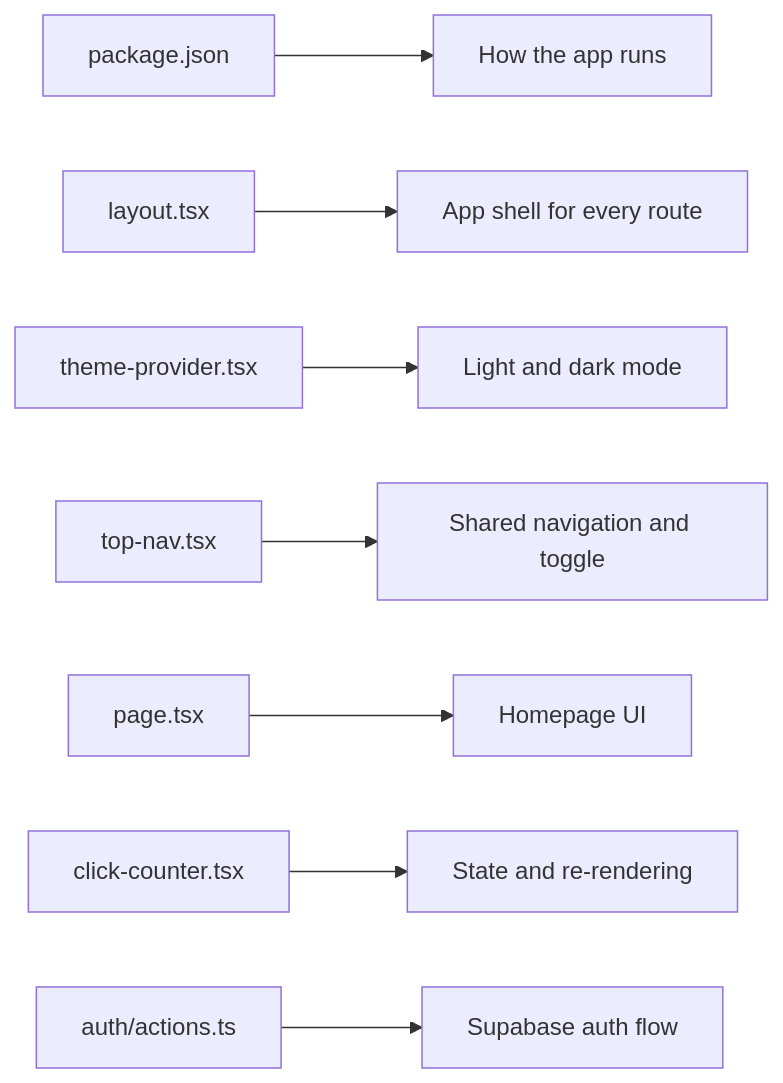
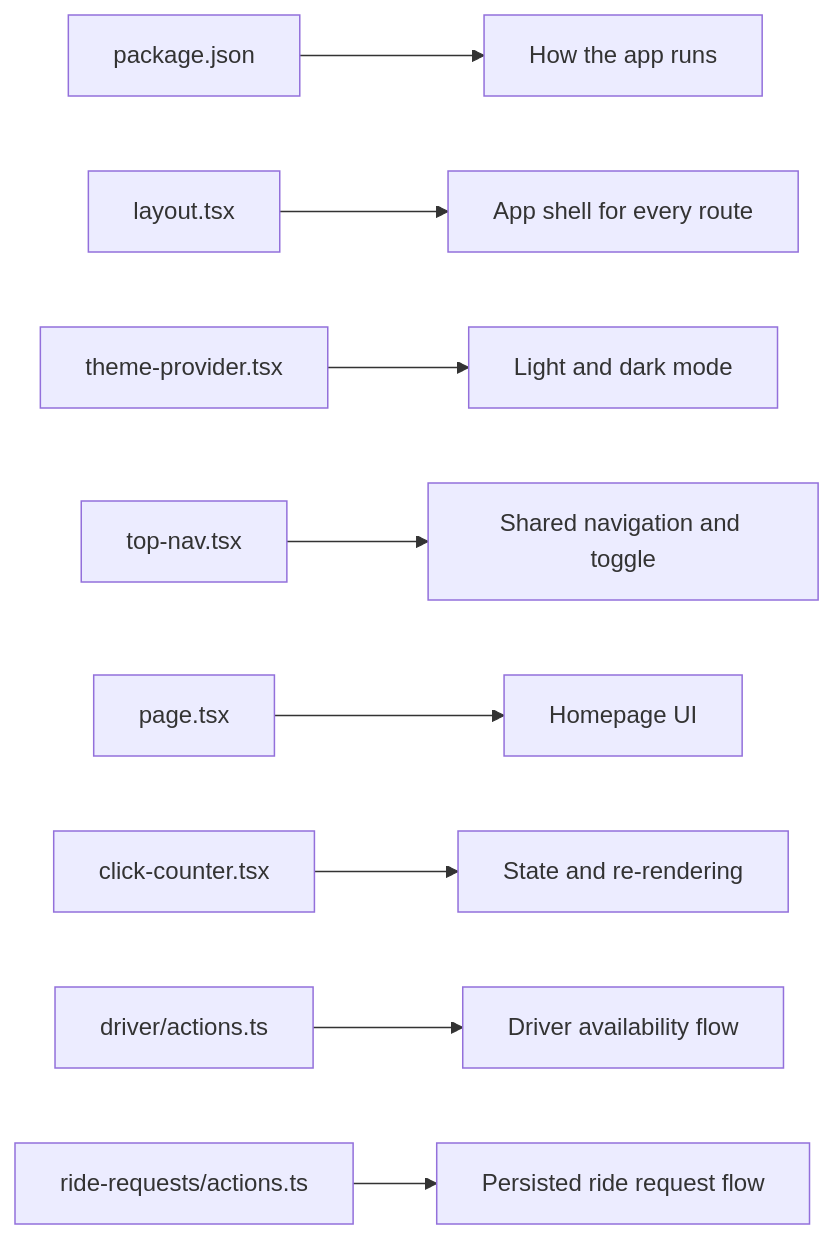
Before and after one commit to matthewlovestocode/designated: the second of 2 diagrams in docs/web/overview.md, drawn with Mermaid. The commit also changed other lines of this file and 11 other files, not shown here.

Commit message:
Document persisted request workflow

````diff
--- a/docs/web/overview.md
+++ b/docs/web/overview.md
@@ -96,10 +103,11 @@
 ```mermaid
 flowchart LR
     A["package.json"] --> B["How the app runs"]
     C["layout.tsx"] --> D["App shell for every route"]
     E["theme-provider.tsx"] --> F["Light and dark mode"]
     G["top-nav.tsx"] --> H["Shared navigation and toggle"]
     I["page.tsx"] --> J["Homepage UI"]
     K["click-counter.tsx"] --> L["State and re-rendering"]
-    M["auth/actions.ts"] --> N["Supabase auth flow"]
+    M["driver/actions.ts"] --> N["Driver availability flow"]
+    O["ride-requests/actions.ts"] --> P["Persisted ride request flow"]
 ```
````
